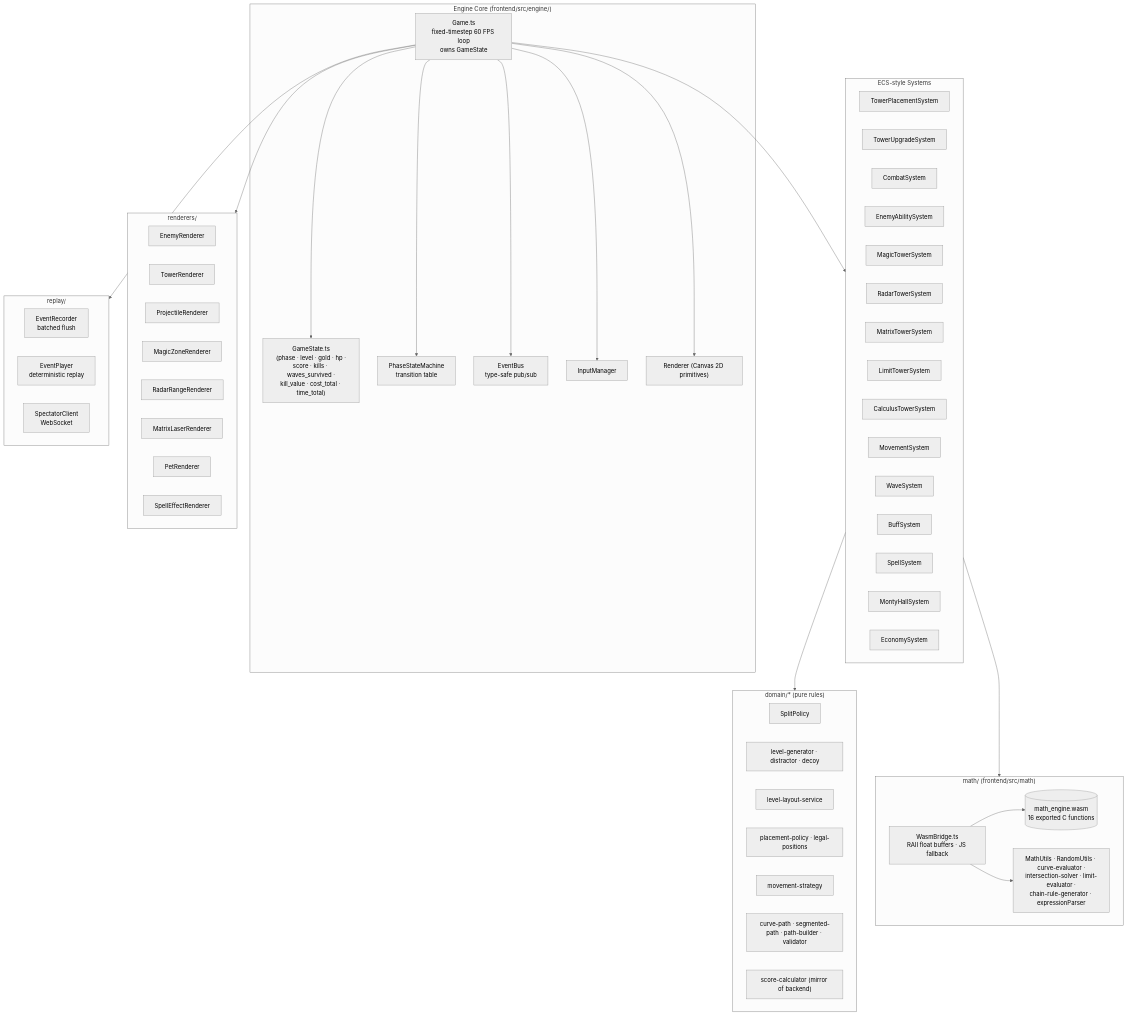
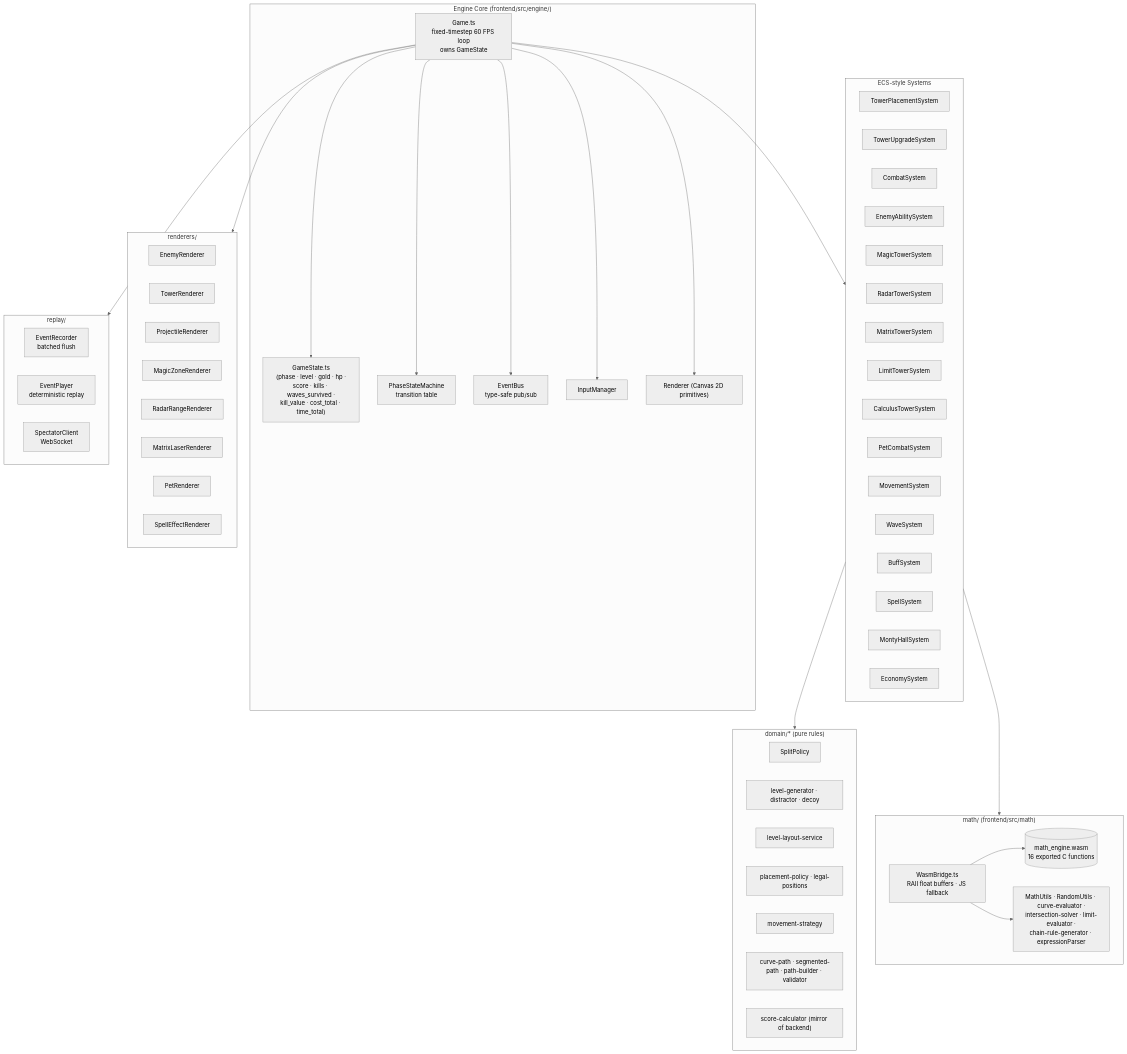
One commit to 2026-NTNU-Computer-Programming-II-POLS/Math-Defense changed the sixth of 10 diagrams in ARCHITECTURE.md. Above: the diagram before and after it, drawn with Mermaid (neutral theme). The commit also changed other lines of this file and 4 other files, not shown here.

Commit message:
docs: update architecture, security, and backend/frontend README

````diff
--- a/ARCHITECTURE.md
+++ b/ARCHITECTURE.md
@@ -374,75 +374,76 @@
 ```mermaid
 flowchart TB
     subgraph Core["Engine Core (frontend/src/engine/)"]
         Game["Game.ts<br/>fixed-timestep 60 FPS loop<br/>owns GameState"]
         State["GameState.ts<br/>(phase · level · gold · hp ·<br/>score · kills · waves_survived ·<br/>kill_value · cost_total · time_total)"]
         FSM["PhaseStateMachine<br/>transition table"]
         Bus["EventBus<br/>type-safe pub/sub"]
         Input["InputManager"]
         Renderer["Renderer (Canvas 2D primitives)"]
         Game --> State
         Game --> FSM
         Game --> Bus
         Game --> Input
         Game --> Renderer
     end
 
     subgraph Systems["ECS-style Systems"]
         TPS[TowerPlacementSystem]
         TUS[TowerUpgradeSystem]
         CS[CombatSystem]
         EAS[EnemyAbilitySystem]
         MGS[MagicTowerSystem]
         RTS[RadarTowerSystem]
         MTS[MatrixTowerSystem]
         LTS[LimitTowerSystem]
         CTS[CalculusTowerSystem]
+        PCS[PetCombatSystem]
         MS[MovementSystem]
         WS[WaveSystem]
         BS[BuffSystem]
         SpS[SpellSystem]
         MHS[MontyHallSystem]
         ES[EconomySystem]
     end
 
     subgraph DomainPolicies["domain/* (pure rules)"]
         SP[SplitPolicy]
         LG[level-generator · distractor · decoy]
         LLS[level-layout-service]
         PP[placement-policy · legal-positions]
         MoveS[movement-strategy]
         Path[curve-path · segmented-path · path-builder · validator]
         Score["score-calculator (mirror of backend)"]
     end
 
     subgraph Math["math/ (frontend/src/math)"]
         Bridge["WasmBridge.ts<br/>RAII float buffers · JS fallback"]
         Wasm[("math_engine.wasm<br/>16 exported C functions")]
         Utils[MathUtils · RandomUtils · curve-evaluator ·<br/>intersection-solver · limit-evaluator ·<br/>chain-rule-generator · expressionParser]
     end
 
     subgraph Renderers["renderers/"]
         ER[EnemyRenderer]
         TR[TowerRenderer]
         PR[ProjectileRenderer]
         MZR[MagicZoneRenderer]
         RRR[RadarRangeRenderer]
         MLR[MatrixLaserRenderer]
         PetR[PetRenderer]
         SER[SpellEffectRenderer]
     end
 
     subgraph Replay["replay/"]
         Recorder[EventRecorder<br/>batched flush]
         Player[EventPlayer<br/>deterministic replay]
         Spectator[SpectatorClient<br/>WebSocket]
     end
 
     Game --> Systems
     Systems --> DomainPolicies
     Systems --> Math
     Game --> Renderers
     Bridge --> Wasm
     Bridge --> Utils
     Game --> Replay
 ```
````
